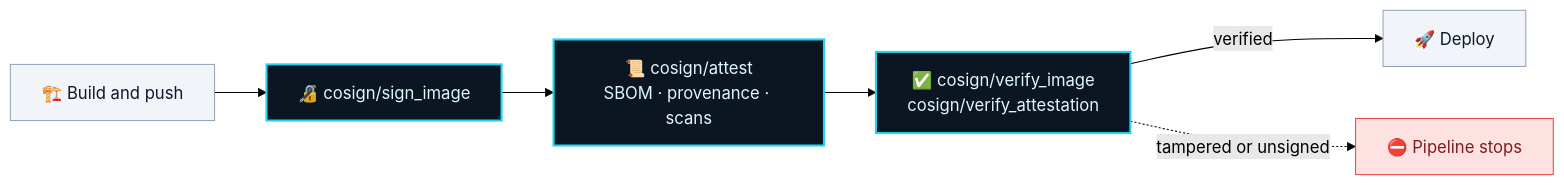
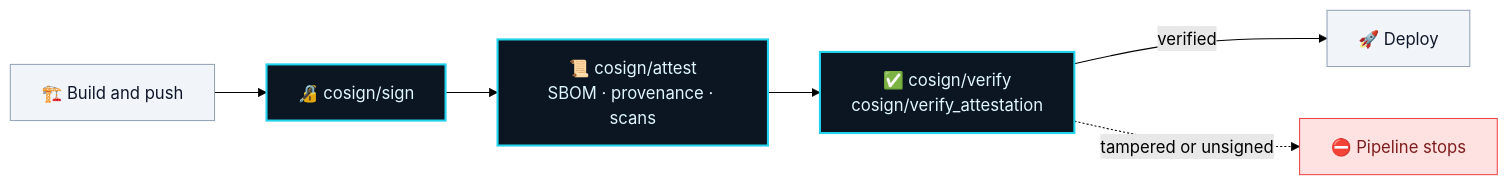
The diagram in README.md (juburr/cosign-orb), drawn with Mermaid (forest theme) before and after one commit. The commit also changed other lines of this file and 22 other files, not shown here.

````diff
--- a/README.md
+++ b/README.md
@@ -50,15 +50,15 @@
 ```mermaid
 flowchart LR
-    build["🏗️ Build and push"] --> sign["🔏 cosign/sign_image"]
+    build["🏗️ Build and push"] --> sign["🔏 cosign/sign"]
     sign --> attest["📜 cosign/attest<br/>SBOM · provenance · scans"]
-    attest --> verify["✅ cosign/verify_image<br/>cosign/verify_attestation"]
+    attest --> verify["✅ cosign/verify<br/>cosign/verify_attestation"]
     verify -->|verified| deploy["🚀 Deploy"]
     verify -.->|tampered or unsigned| stop["⛔ Pipeline stops"]
 
     classDef orb fill:#0B1622,stroke:#22D3EE,stroke-width:2px,color:#E0F7FF
     classDef step fill:#F1F5F9,stroke:#94A3B8,color:#0F172A
     classDef fail fill:#FEE2E2,stroke:#EF4444,color:#7F1D1D
     class sign,attest,verify orb
     class build,deploy step
     class stop fail
 ```
````
